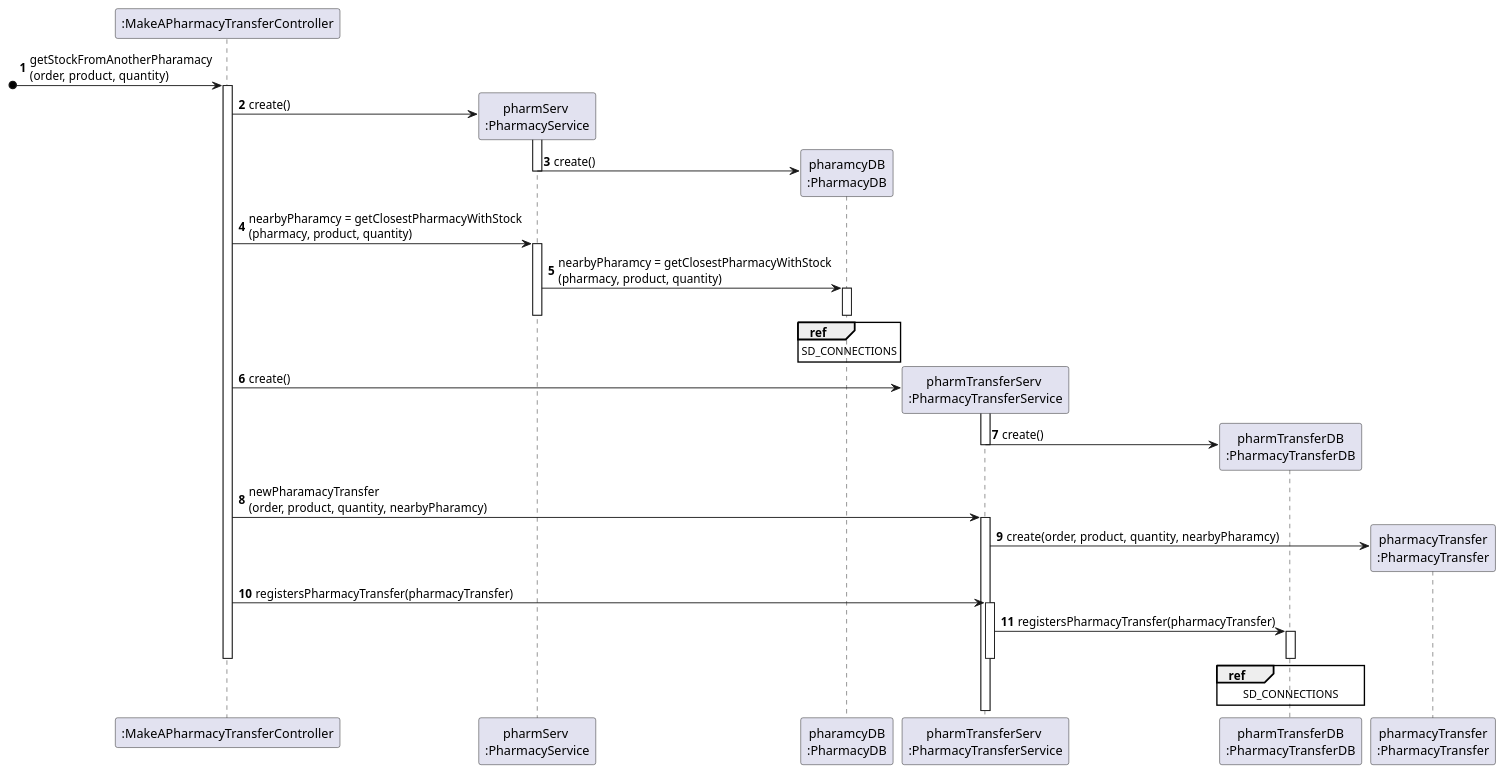
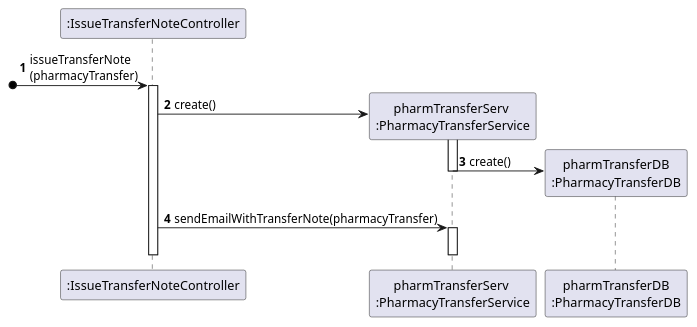
Before and after one commit to tiagoavcosta25/LAPR3: the diagram in docs/Iteration 2/Pharmacy Management/US202_IssueTransferNote/US202_SD.puml, drawn with PlantUML. The commit also changed 3 other files, not shown here.

Commit message:
LAPR2AP2-268 #close Issue Transfer Note [Design]

```diff
--- a/docs/Iteration 2/Pharmacy Management/US202_IssueTransferNote/US202_SD.puml
+++ b/docs/Iteration 2/Pharmacy Management/US202_IssueTransferNote/US202_SD.puml
@@ -1,47 +1,19 @@
 @startuml
 autonumber
-participant ":MakeAPharmacyTransferController" as CTRL
-participant "pharmServ \n:PharmacyService" as PS
-participant "pharamcyDB\n:PharmacyDB" as PDB
+participant ":IssueTransferNoteController" as CTRL
 participant "pharmTransferServ \n:PharmacyTransferService" as PTS
 participant "pharmTransferDB\n:PharmacyTransferDB" as PTDB
-participant "pharmacyTransfer\n:PharmacyTransfer" as PT
 
-[o-> CTRL : getStockFromAnotherPharamacy\n(order, product, quantity)
+[o-> CTRL : issueTransferNote\n(pharmacyTransfer)
 activate CTRL
-CTRL -> PS** : create()
-activate PS
-PS -> PDB** : create()
-deactivate PS
-CTRL -> PS : nearbyPharamcy = getClosestPharmacyWithStock\n(pharmacy, product, quantity)
-activate PS
-PS -> PDB : nearbyPharamcy = getClosestPharmacyWithStock\n(pharmacy, product, quantity)
-activate PDB
-ref over PDB
-SD_CONNECTIONS
-end ref
-deactivate PDB
-deactivate PS
-
 CTRL -> PTS** : create()
 activate PTS
 PTS -> PTDB** : create()
 deactivate PTS
 
-CTRL -> PTS : newPharamacyTransfer\n(order, product, quantity, nearbyPharamcy)
+CTRL -> PTS : sendEmailWithTransferNote(pharmacyTransfer)
 activate PTS
-PTS -> PT** : create(order, product, quantity, nearbyPharamcy)
-deactivate PS
-
-CTRL -> PTS : registersPharmacyTransfer(pharmacyTransfer)
-activate PTS
-PTS -> PTDB : registersPharmacyTransfer(pharmacyTransfer)
-activate PTDB
-ref over PTDB
-SD_CONNECTIONS
-end ref
-deactivate PTDB
 deactivate PTS
 deactivate CTRL
 
 @enduml
```
